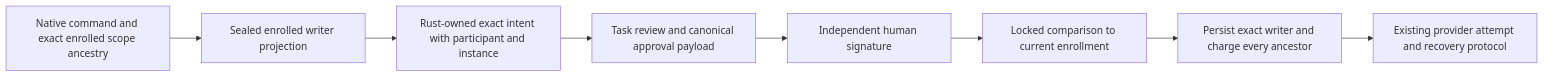
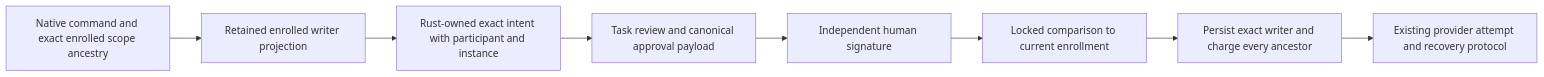
Before and after one commit to auths-dev/auths-proof: diagram 21 of 21 in docs/plans/0073-engagement-participant-contract.md, drawn with Mermaid. The commit also changed other lines of this file and 37 other files, not shown here.

Commit message:
feat(gateway): bind exact write approval to enrolled participants

````diff
--- a/docs/plans/0073-engagement-participant-contract.md
+++ b/docs/plans/0073-engagement-participant-contract.md
@@ -908,10 +909,10 @@
 ```mermaid
 flowchart LR
-    P["Native command and exact enrolled scope ancestry"] --> A["Sealed enrolled writer projection"]
+    P["Native command and exact enrolled scope ancestry"] --> A["Retained enrolled writer projection"]
     A --> I["Rust-owned exact intent with participant and instance"]
     I --> R["Task review and canonical approval payload"]
     R --> H["Independent human signature"]
     H --> C["Locked comparison to current enrollment"]
     C --> J["Persist exact writer and charge every ancestor"]
     J --> E["Existing provider attempt and recovery protocol"]
 ```
````
